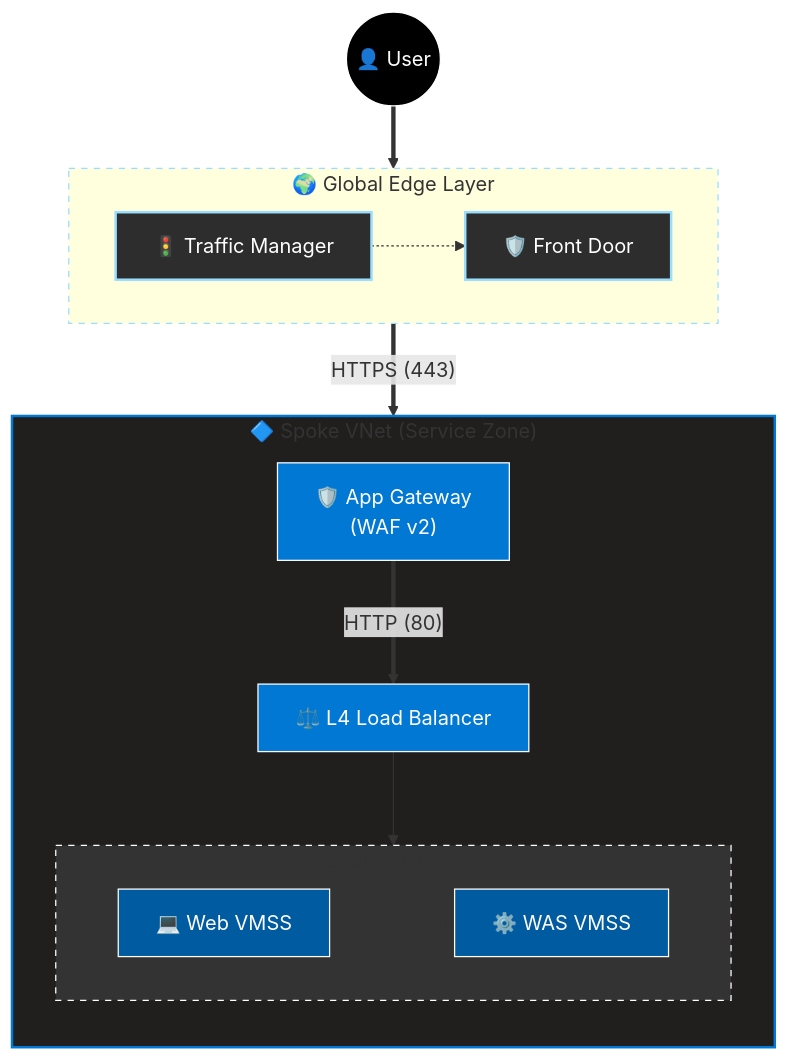
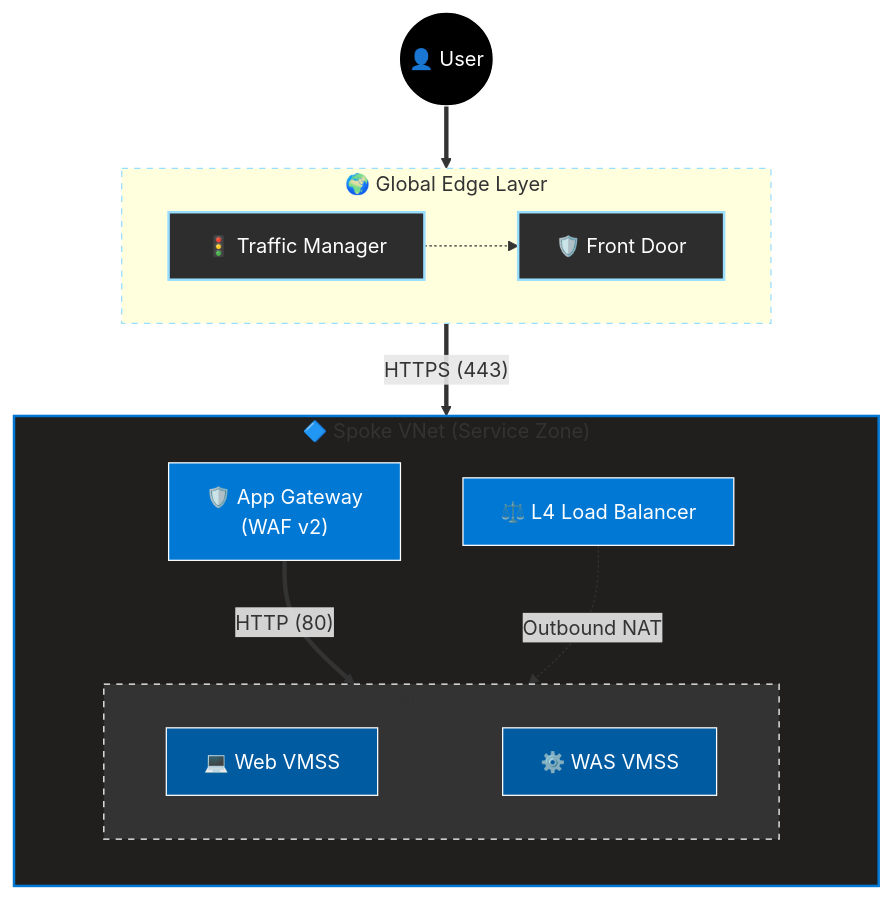
The second of 4 diagrams in _posts/security-architecture/2025-12-01-Terraform-basedAzureSecurityArchitecture.md (HamaPr/HamaPr.github.io), drawn with Mermaid before and after one commit. The commit also changed other lines of this file and 2 other files, not shown here.

````diff
--- a/_posts/security-architecture/2025-12-01-Terraform-basedAzureSecurityArchitecture.md
+++ b/_posts/security-architecture/2025-12-01-Terraform-basedAzureSecurityArchitecture.md
@@ -181,39 +174,39 @@
 ```mermaid
 graph TD
     %% --- Style Definitions ---
     classDef edge fill:#2d2d2d,stroke:#9df,stroke-width:2px,color:#fff;
     classDef net fill:#0078D4,stroke:#fff,color:#fff;
     classDef compute fill:#005BA1,stroke:#fff,color:#fff;
     classDef user fill:#000,stroke:#fff,color:#fff;
 
     %% --- Nodes ---
     User(("👤 User")):::user
     subgraph Edge ["🌍 Global Edge Layer"]
         direction LR
         TM["🚦 Traffic Manager"]:::edge
         FD["🛡️ Front Door"]:::edge
         TM -.-> FD
     end
     subgraph Spoke ["🔷 Spoke VNet (Service Zone)"]
         direction TB
         AppGW["🛡️ App Gateway<br/>(WAF v2)"]:::net
         LB["⚖️ L4 Load Balancer"]:::net
         subgraph Scale ["Scaling Group"]
             direction LR
             Web["💻 Web VMSS"]:::compute
             WAS["⚙️ WAS VMSS"]:::compute
         end
     end
 
     %% --- Flows ---
-    User ==> Edge
-    Edge ==>|"HTTPS (443)"| AppGW
-    AppGW ==>|"HTTP (80)"| LB
-    LB --> Scale
+    User ==> TM
+    FD ==>|"HTTPS (443)"| AppGW
+    AppGW ==>|"HTTP (80)"| Web
+    LB -.->|"Outbound NAT"| Scale
     Web --> WAS
 
     %% --- Styling ---
     style Edge fill:#transparent,stroke:#9df,stroke-dasharray: 5 5
     style Spoke fill:#201F1E,stroke:#0078D4,stroke-width:2px
     style Scale fill:#333,stroke:#fff,stroke-dasharray: 5 5
 ```
````
